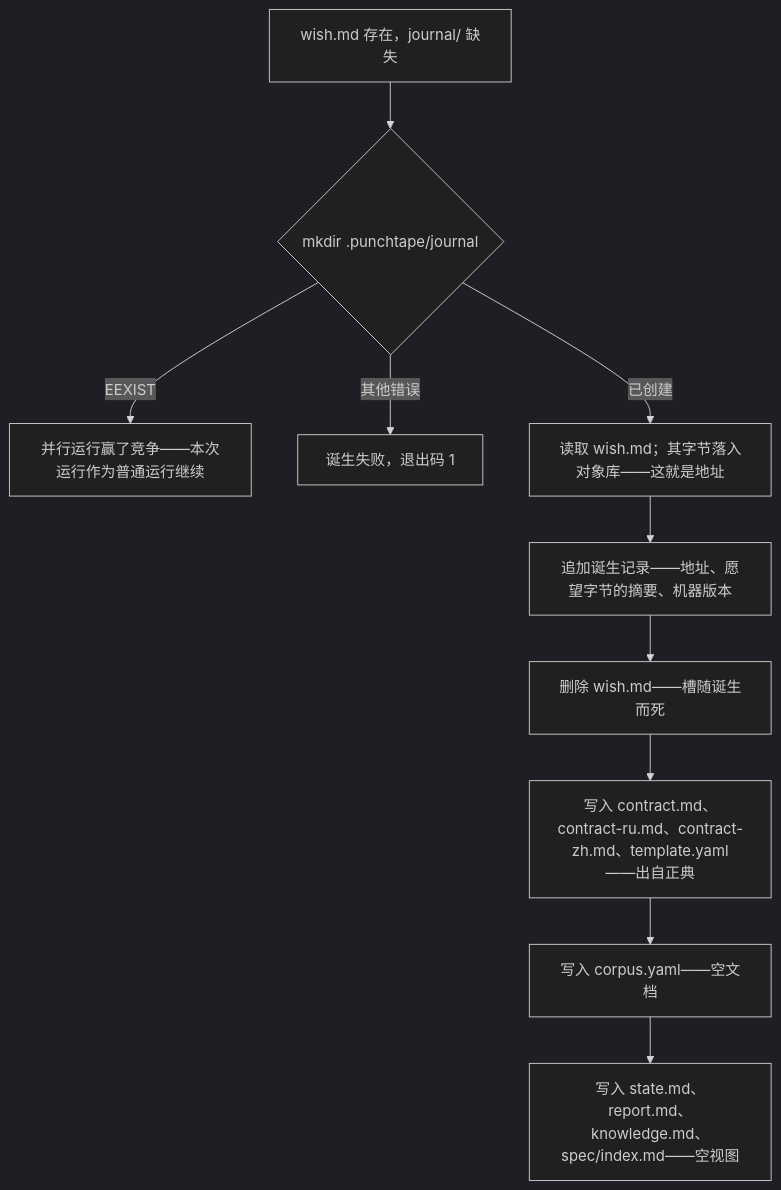
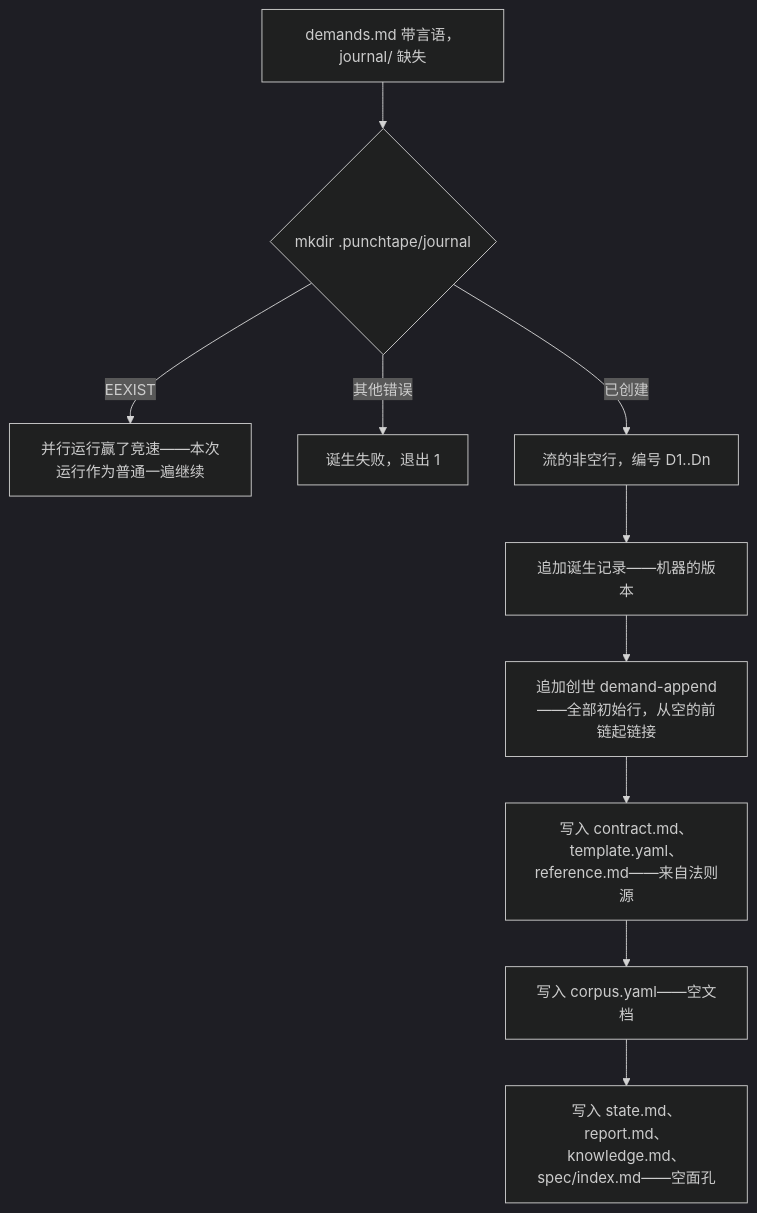
One commit to neurophant/punchtape changed the second of 9 diagrams in docs/ARCHITECTURE.zh.md. Above: the diagram before and after it, drawn with Mermaid (dark theme). The commit also changed other lines of this file and 80 other files, not shown here.

````diff
--- a/docs/ARCHITECTURE.zh.md
+++ b/docs/ARCHITECTURE.zh.md
@@ -108,12 +158,12 @@
 ```mermaid
 flowchart TD
-    S["wish.md 存在，journal/ 缺失"] --> M{"mkdir .punchtape/journal"}
-    M -- "EEXIST" --> PASS["并行运行赢了竞争——本次运行作为普通运行继续"]
-    M -- "其他错误" --> FAIL["诞生失败，退出码 1"]
-    M -- "已创建" --> W["读取 wish.md；其字节落入对象库——这就是地址"]
-    W --> R["追加诞生记录——地址、愿望字节的摘要、机器版本"]
-    R --> RM["删除 wish.md——槽随诞生而死"]
-    RM --> F1["写入 contract.md、contract-ru.md、contract-zh.md、template.yaml——出自正典"]
+    S["demands.md 带言语，journal/ 缺失"] --> M{"mkdir .punchtape/journal"}
+    M -- "EEXIST" --> PASS["并行运行赢了竞速——本次运行作为普通一遍继续"]
+    M -- "其他错误" --> FAIL["诞生失败，退出 1"]
+    M -- "已创建" --> W["流的非空行，编号 D1..Dn"]
+    W --> R["追加诞生记录——机器的版本"]
+    R --> G["追加创世 demand-append——全部初始行，从空的前链起链接"]
+    G --> F1["写入 contract.md、template.yaml、reference.md——来自法则源"]
     F1 --> F2["写入 corpus.yaml——空文档"]
-    F2 --> F3["写入 state.md、report.md、knowledge.md、spec/index.md——空视图"]
+    F2 --> F3["写入 state.md、report.md、knowledge.md、spec/index.md——空面孔"]
 ```
````
